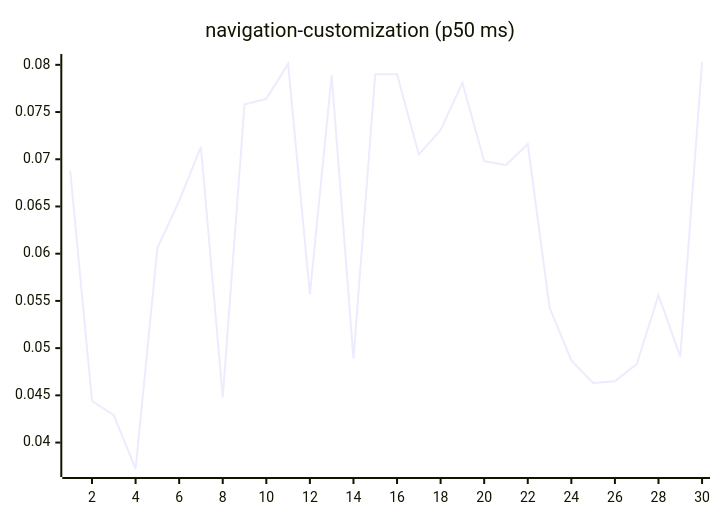
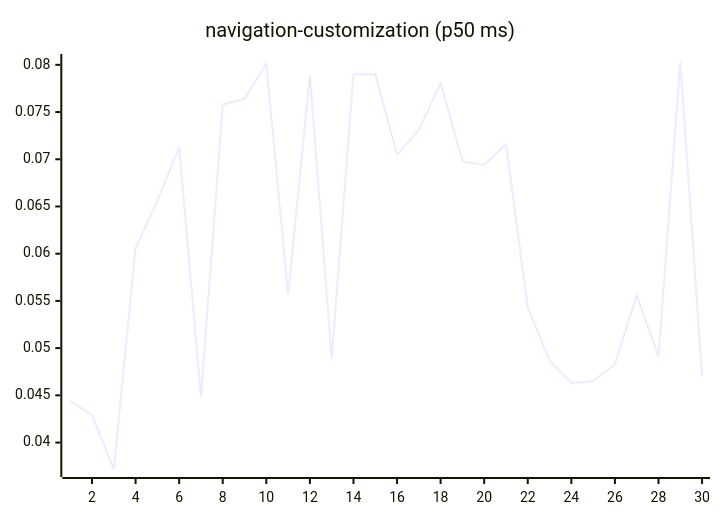
Before and after one commit to josha/Facet: diagram 15 of 27 in README.md, drawn with Mermaid. The commit also changed other lines of this file and 2 other files, not shown here.

````diff
--- a/README.md
+++ b/README.md
@@ -161,6 +161,6 @@
 ```mermaid
 xychart-beta
     title "navigation-customization (p50 ms)"
     x-axis 1 --> 30
-    line [0.0688, 0.0444, 0.0429, 0.0372, 0.0606, 0.0656, 0.0713, 0.0448, 0.0758, 0.0764, 0.0801, 0.0557, 0.0789, 0.0489, 0.0790, 0.0790, 0.0705, 0.0731, 0.0781, 0.0698, 0.0694, 0.0716, 0.0543, 0.0487, 0.0463, 0.0465, 0.0483, 0.0556, 0.0491, 0.0803]
+    line [0.0444, 0.0429, 0.0372, 0.0606, 0.0656, 0.0713, 0.0448, 0.0758, 0.0764, 0.0801, 0.0557, 0.0789, 0.0489, 0.0790, 0.0790, 0.0705, 0.0731, 0.0781, 0.0698, 0.0694, 0.0716, 0.0543, 0.0487, 0.0463, 0.0465, 0.0483, 0.0556, 0.0491, 0.0803, 0.0471]
 ```
````
